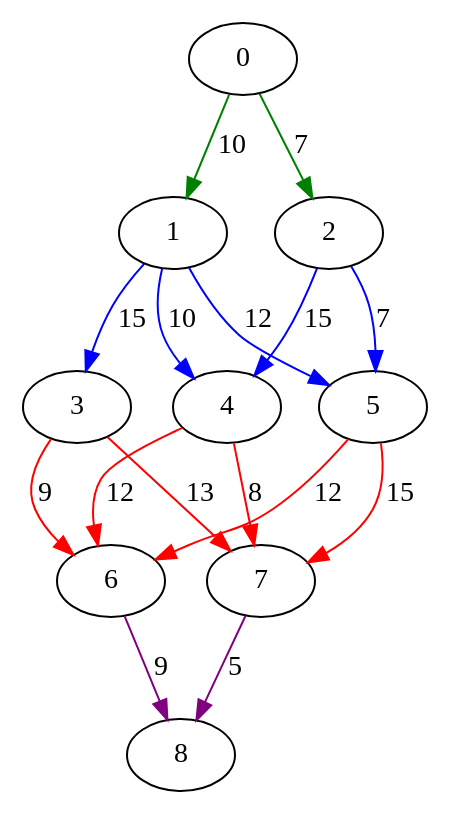
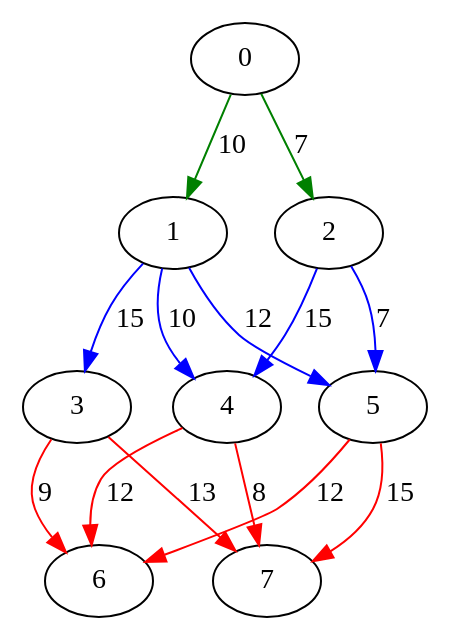
One commit to Eldemelo/Classes changed the diagram in CSC212/Graphs/test_1_output_4.dot. Above: the diagram before and after it, drawn with Graphviz. The commit also changed 2 other files, not shown here.

Commit message:
Fixed seg fault in graphs

```diff
--- a/CSC212/Graphs/test_1_output_4.dot
+++ b/CSC212/Graphs/test_1_output_4.dot
@@ -1,19 +1,17 @@
 digraph G {
 
   0 -> 1 [label="10"][color="green"];
   1 -> 3 [label="15"][color="blue"];
   3 -> 6 [label="9"][color="red"];
-  6 -> 8 [label="9"][color="purple"];
   3 -> 7 [label="13"][color="red"];
-  7 -> 8 [label="5"][color="purple"];
   1 -> 4 [label="10"][color="blue"];
   4 -> 6 [label="12"][color="red"];
   4 -> 7 [label="8"][color="red"];
   1 -> 5 [label="12"][color="blue"];
   5 -> 6 [label="12"][color="red"];
   5 -> 7 [label="15"][color="red"];
   0 -> 2 [label="7"][color="green"];
   2 -> 4 [label="15"][color="blue"];
   2 -> 5 [label="7"][color="blue"];
 
 }
```
